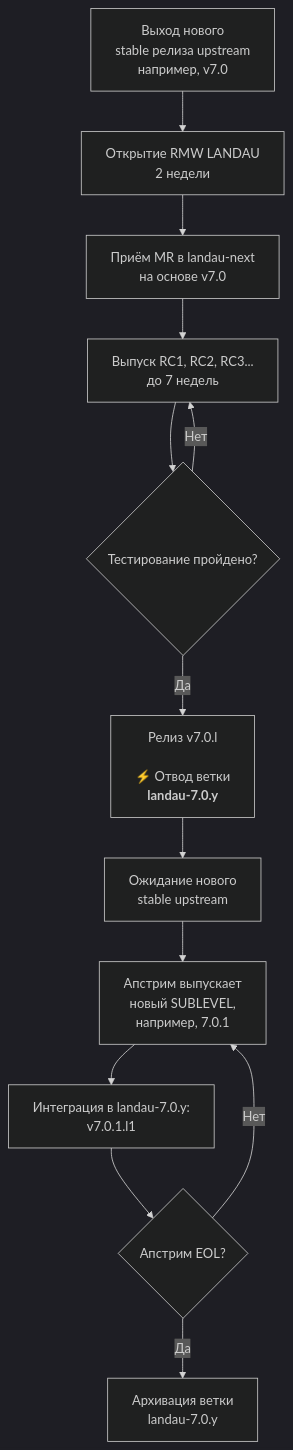
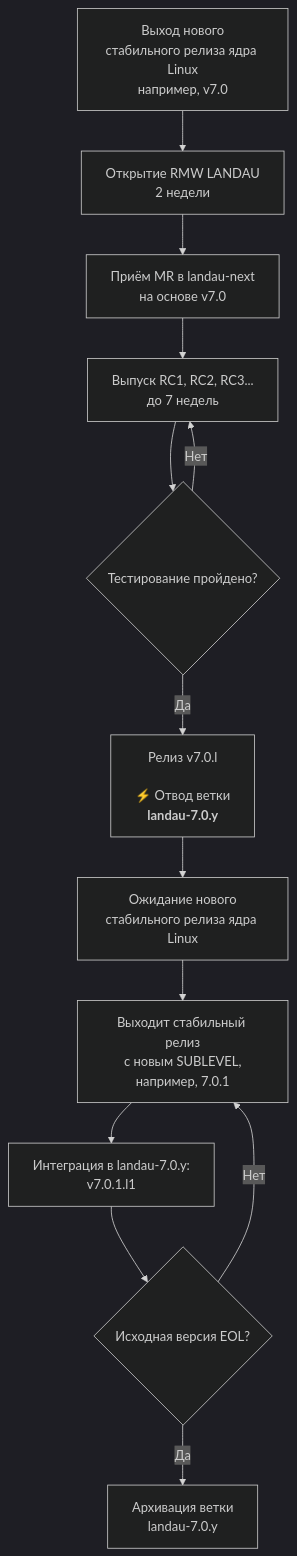
One commit to rulkc/landau changed the third of 3 diagrams in landau-linux/maintenance.md. Above: the diagram before and after it, drawn with Mermaid (dark theme). The commit also changed other lines of this file, not shown here.

First line of the commit message:
landau-linux: maintenance: Drop 'upstream/mainline' English-ism from text

````diff
--- a/landau-linux/maintenance.md
+++ b/landau-linux/maintenance.md
@@ -267,15 +269,15 @@
 ```mermaid
 flowchart TD
-    A[Выход нового<br>stable релиза upstream<br>например, v7.0] --> B[Открытие RMW LANDAU<br>2 недели]
+    A[Выход нового<br>стабильного релиза ядра Linux<br>например, v7.0] --> B[Открытие RMW LANDAU<br>2 недели]
     B --> C[Приём MR в landau-next<br>на основе v7.0]
     C --> D[Выпуск RC1, RC2, RC3...<br>до 7 недель]
     D --> E{Тестирование пройдено?}
     E -->|Нет| D
     E -->|Да| F[Релиз v7.0.l<br><br>⚡ Отвод ветки<br><b>landau-7.0.y</b>]
-    F --> G[Ожидание нового<br>stable upstream]
-    G --> H[Апстрим выпускает<br>новый SUBLEVEL,<br>например, 7.0.1]
+    F --> G[Ожидание нового<br>стабильного релиза ядра Linux]
+    G --> H[Выходит стабильный релиз<br>с новым SUBLEVEL,<br>например, 7.0.1]
     H --> I[Интеграция в landau-7.0.y:<br>v7.0.1.l1]
-    I --> J{Апстрим EOL?}
+    I --> J{Исходная версия EOL?}
     J -->|Нет| H
     J -->|Да| K[Архивация ветки<br>landau-7.0.y]
 ```
````
